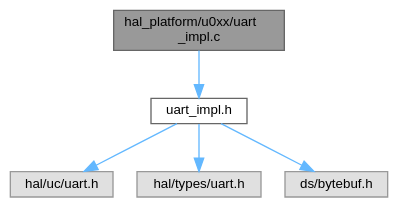
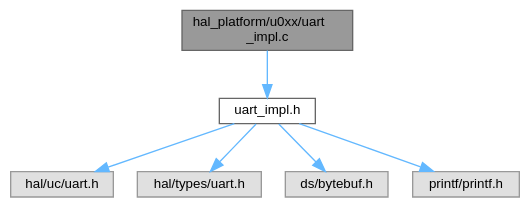
The diagram in u0xx_2uart__impl_8c__incl.dot (ebs-universe/piolib-hal-uc-stm32), drawn with Graphviz before and after one commit. The commit also changed 438 other files, not shown here.

```diff
--- a/u0xx_2uart__impl_8c__incl.dot
+++ b/u0xx_2uart__impl_8c__incl.dot
@@ -1,17 +1,19 @@
 digraph "hal_platform/u0xx/uart_impl.c"
 {
  // INTERACTIVE_SVG=YES
  // LATEX_PDF_SIZE
   bgcolor="transparent";
   edge [fontname=Helvetica,fontsize=10,labelfontname=Helvetica,labelfontsize=10];
   node [fontname=Helvetica,fontsize=10,shape=box,height=0.2,width=0.4];
   Node1 [id="Node000001",label="hal_platform/u0xx/uart\l_impl.c",height=0.2,width=0.4,color="gray40", fillcolor="grey60", style="filled", fontcolor="black",tooltip=" "];
   Node1 -> Node2 [id="edge1_Node000001_Node000002",color="steelblue1",style="solid",tooltip=" "];
   Node2 [id="Node000002",label="uart_impl.h",height=0.2,width=0.4,color="grey40", fillcolor="white", style="filled",URL="$u0xx_2uart__impl_8h.html",tooltip=" "];
   Node2 -> Node3 [id="edge2_Node000002_Node000003",color="steelblue1",style="solid",tooltip=" "];
   Node3 [id="Node000003",label="hal/uc/uart.h",height=0.2,width=0.4,color="grey60", fillcolor="#E0E0E0", style="filled",tooltip=" "];
   Node2 -> Node4 [id="edge3_Node000002_Node000004",color="steelblue1",style="solid",tooltip=" "];
   Node4 [id="Node000004",label="hal/types/uart.h",height=0.2,width=0.4,color="grey60", fillcolor="#E0E0E0", style="filled",tooltip=" "];
   Node2 -> Node5 [id="edge4_Node000002_Node000005",color="steelblue1",style="solid",tooltip=" "];
   Node5 [id="Node000005",label="ds/bytebuf.h",height=0.2,width=0.4,color="grey60", fillcolor="#E0E0E0", style="filled",tooltip=" "];
+  Node2 -> Node6 [id="edge5_Node000002_Node000006",color="steelblue1",style="solid",tooltip=" "];
+  Node6 [id="Node000006",label="printf/printf.h",height=0.2,width=0.4,color="grey60", fillcolor="#E0E0E0", style="filled",tooltip=" "];
 }
```
